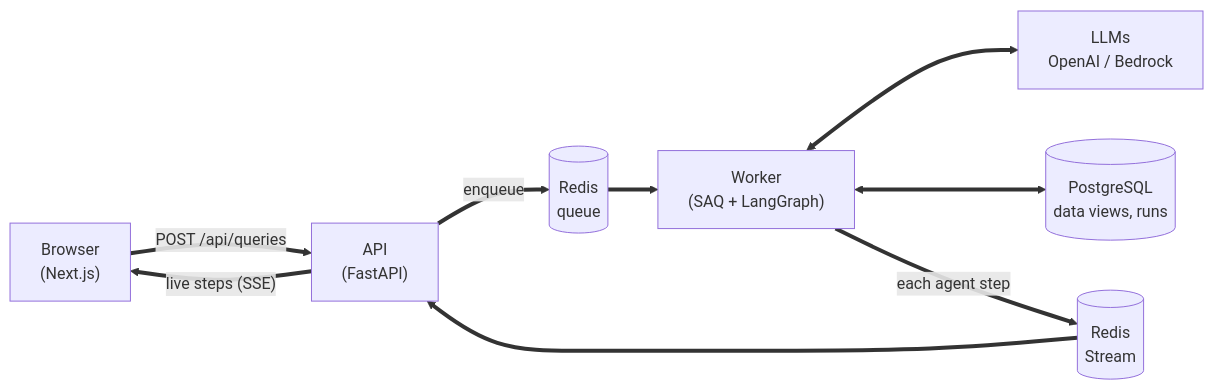
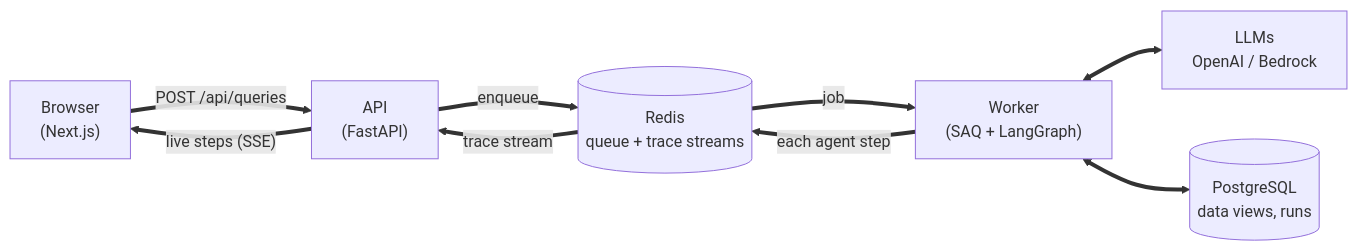
Before and after one commit to isteven/agentic-data-analysis: the first of 2 diagrams in README.md, drawn with Mermaid.

Commit message:
docs(readme): show Redis as one instance in the request flow
The queue and the trace streams share one Redis (same REDIS_URL, db 0); the diagram drew two boxes.

````diff
--- a/README.md
+++ b/README.md
@@ -13,12 +13,12 @@
 ```mermaid
 flowchart LR
     B["Browser<br/>(Next.js)"] -- "POST /api/queries" --> A["API<br/>(FastAPI)"]
-    A -- enqueue --> Q[("Redis<br/>queue")]
-    Q --> W["Worker<br/>(SAQ + LangGraph)"]
+    A -- enqueue --> R[("Redis<br/>queue + trace streams")]
+    R -- job --> W["Worker<br/>(SAQ + LangGraph)"]
+    W -- "each agent step" --> R
+    R -- "trace stream" --> A
     W <--> L["LLMs<br/>OpenAI / Bedrock"]
     W <--> P[("PostgreSQL<br/>data views, runs")]
-    W -- "each agent step" --> S[("Redis<br/>Stream")]
-    S --> A
     A -- "live steps (SSE)" --> B
     linkStyle default stroke-width:4px
 ```
````
